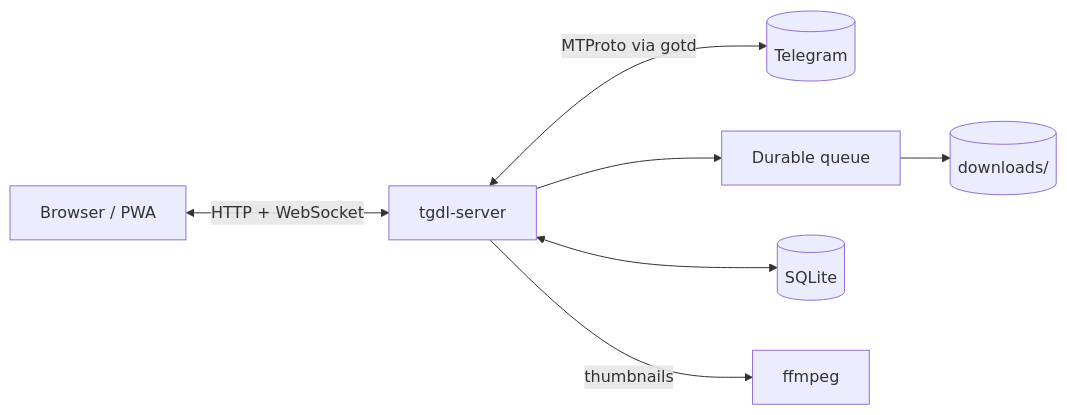
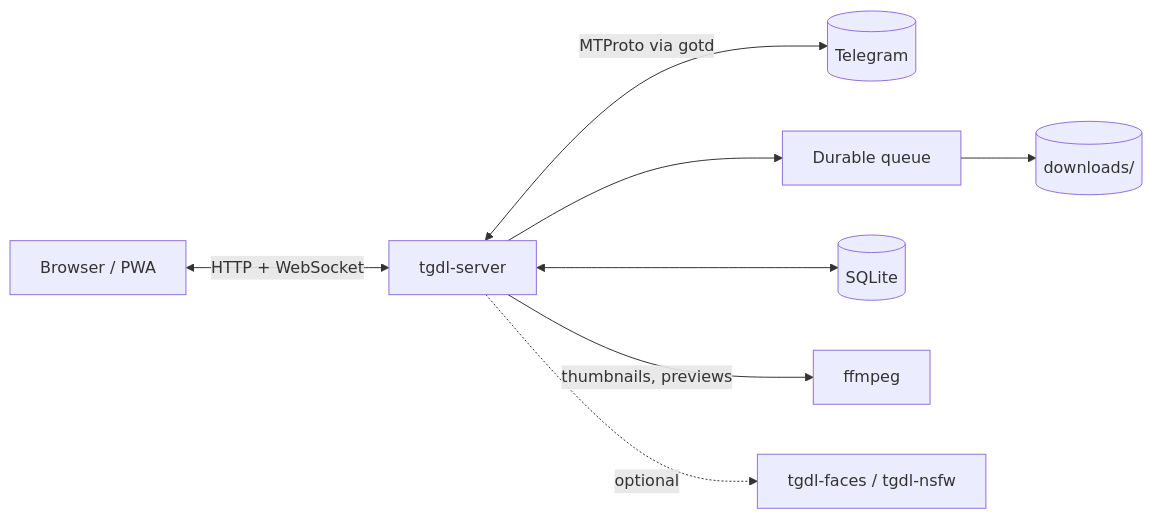
Before and after one commit to botnick/telegram-media-downloader: the diagram in README.md, drawn with Mermaid. The commit also changed other lines of this file and 23 other files, not shown here.

````diff
--- a/README.md
+++ b/README.md
@@ -174,9 +186,10 @@
 ```mermaid
 flowchart LR
     browser[Browser / PWA] <-- HTTP + WebSocket --> server[tgdl-server]
     server <-- MTProto via gotd --> telegram[(Telegram)]
     server --> queue[Durable queue]
     queue --> files[(downloads/)]
     server <--> db[(SQLite)]
-    server -- thumbnails --> ffmpeg[ffmpeg]
+    server -- thumbnails, previews --> ffmpeg[ffmpeg]
+    server -. optional .-> sidecars[tgdl-faces / tgdl-nsfw]
 ```
````
